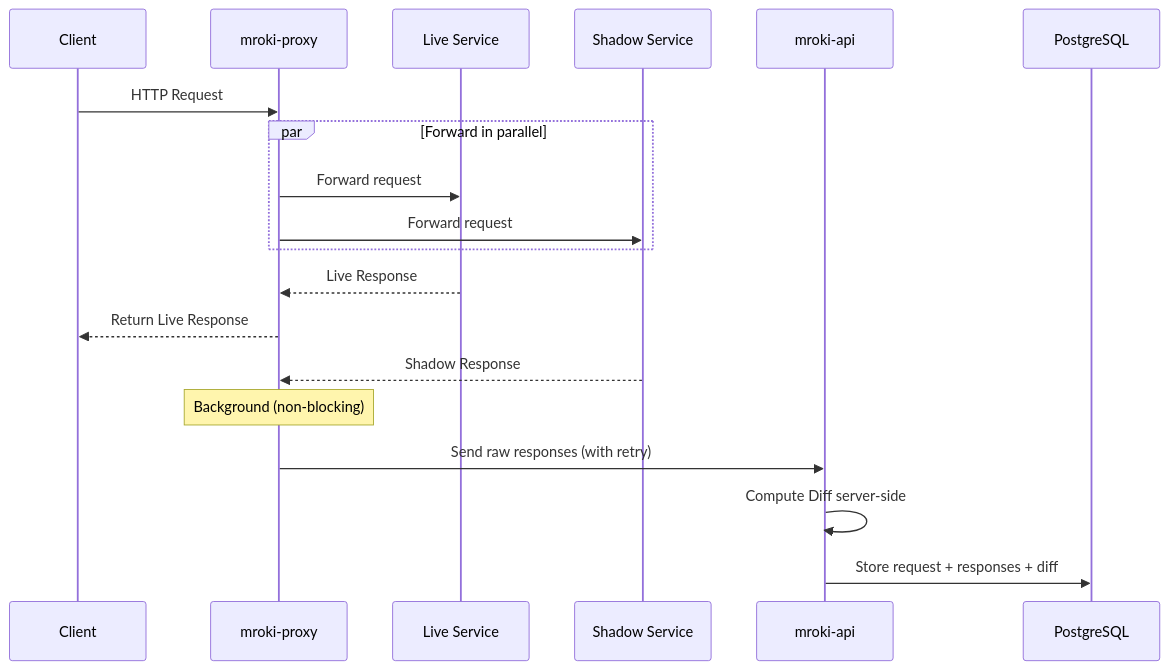
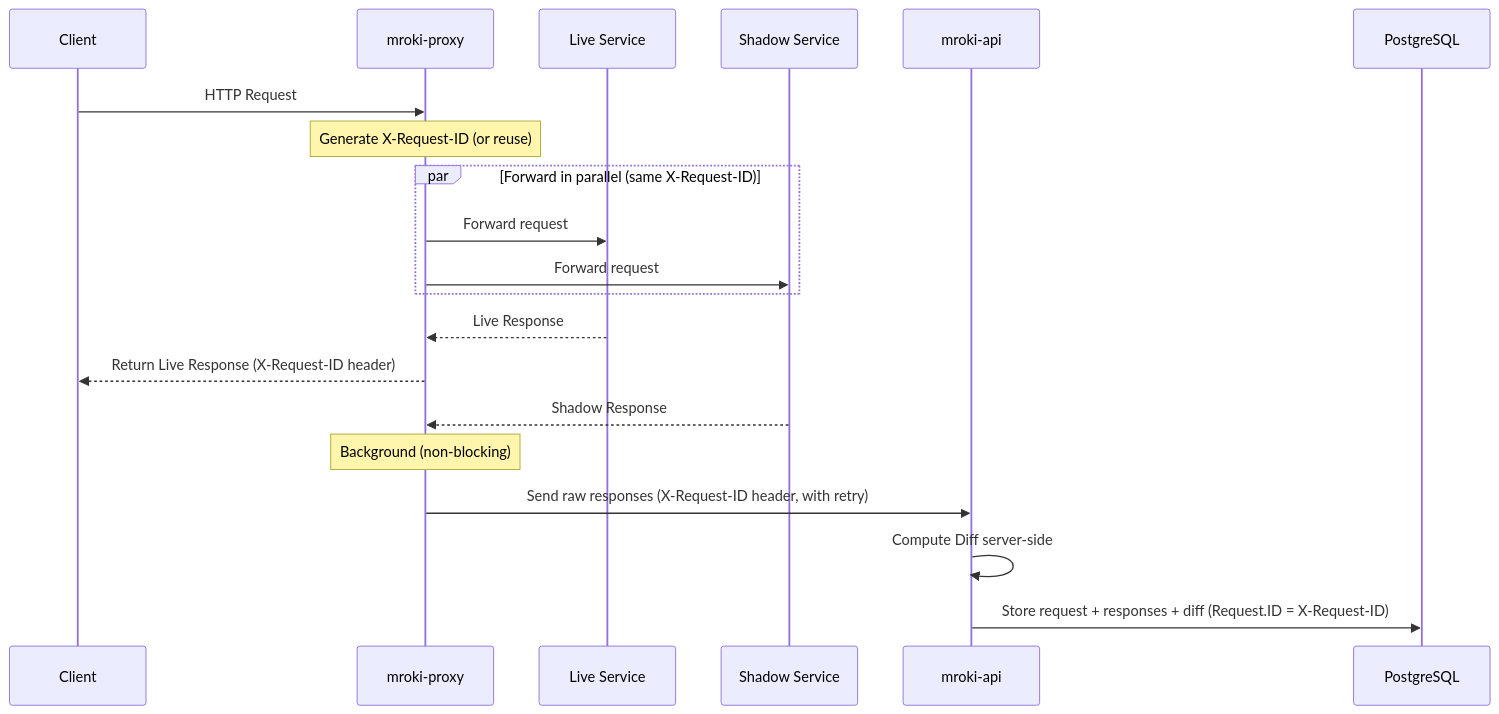
One commit to pedrobarco/mroki changed the second of 5 diagrams in docs/architecture/OVERVIEW.md. Above: the diagram before and after it, drawn with Mermaid. The commit also changed other lines of this file and 23 other files, not shown here.

````diff
--- a/docs/architecture/OVERVIEW.md
+++ b/docs/architecture/OVERVIEW.md
@@ -115,22 +115,23 @@
 ```mermaid
 sequenceDiagram
     participant C as Client
     participant P as mroki-proxy
     participant L as Live Service
     participant S as Shadow Service
     participant API as mroki-api
     participant DB as PostgreSQL
 
     C->>P: HTTP Request
-    par Forward in parallel
+    Note over P: Generate X-Request-ID (or reuse)
+    par Forward in parallel (same X-Request-ID)
         P->>L: Forward request
         P->>S: Forward request
     end
     L-->>P: Live Response
-    P-->>C: Return Live Response
+    P-->>C: Return Live Response (X-Request-ID header)
     S-->>P: Shadow Response
     Note over P: Background (non-blocking)
-    P->>API: Send raw responses (with retry)
+    P->>API: Send raw responses (X-Request-ID header, with retry)
     API->>API: Compute Diff server-side
-    API->>DB: Store request + responses + diff
+    API->>DB: Store request + responses + diff (Request.ID = X-Request-ID)
 ```
````
